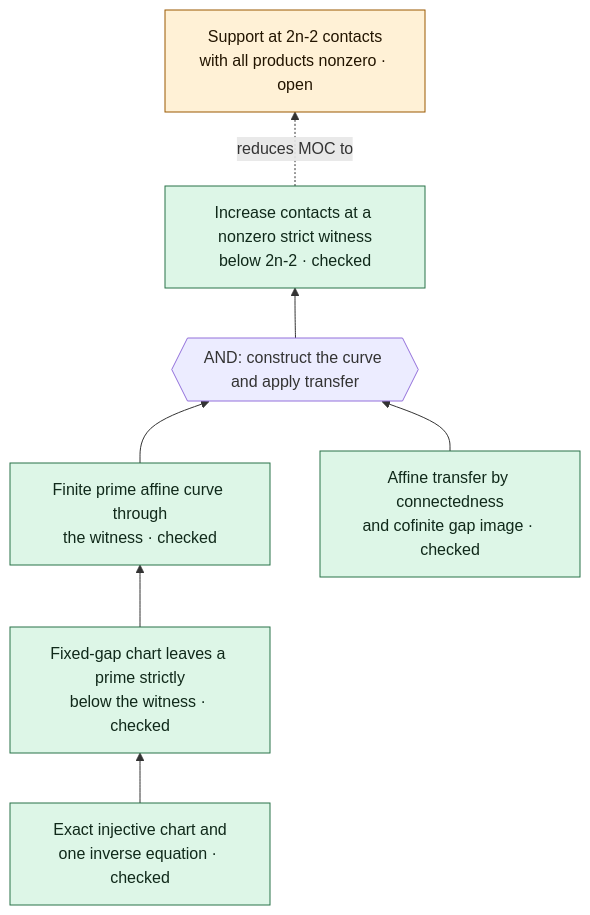
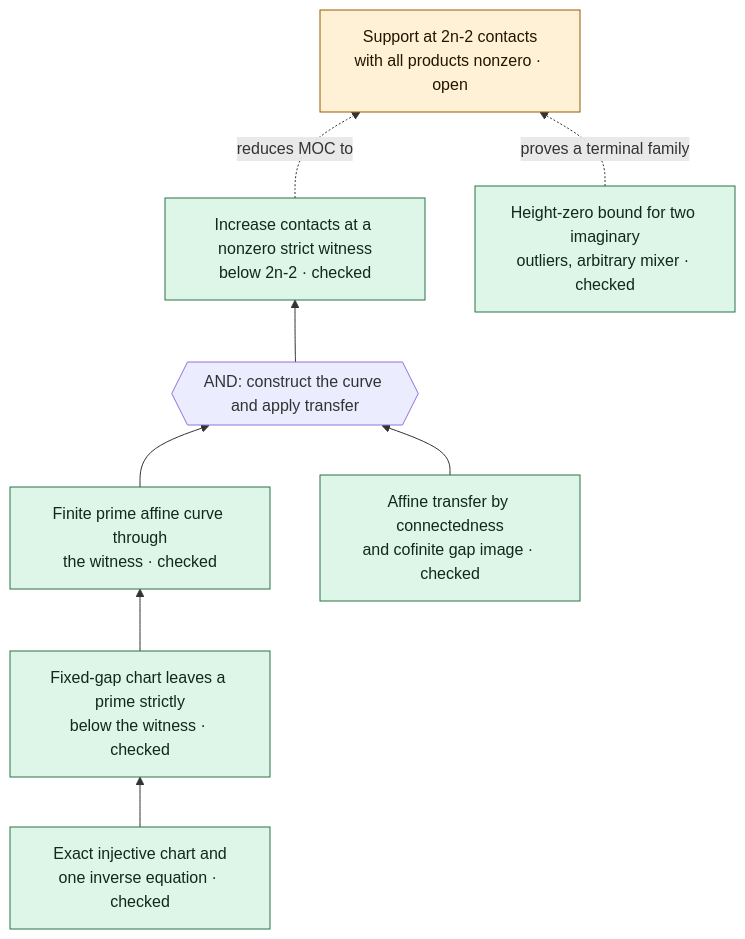
The fourth of 4 diagrams in Lean/ProofTree.md (ascendnoosphere/MOC), drawn with Mermaid before and after one commit. The commit also changed other lines of this file and 6 other files, not shown here.

Commit message:
MOC: prove a terminal family and test certificate coverage

````diff
--- a/Lean/ProofTree.md
+++ b/Lean/ProofTree.md
@@ -108,18 +108,20 @@
 ```mermaid
 flowchart BT
     TRANSFER["Increase contacts at a nonzero strict witness<br/>below 2n-2 · checked"]:::checked
     BOTH{{"AND: construct the curve and apply transfer"}}
     CUT["Fixed-gap chart leaves a prime strictly<br/>below the witness · checked"]:::checked
     MODEL["Finite prime affine curve through<br/>the witness · checked"]:::checked
     STEP["Affine transfer by connectedness<br/>and cofinite gap image · checked"]:::checked
     CHART["Exact injective chart and<br/>one inverse equation · checked"]:::checked
     TERMINAL["Support at 2n-2 contacts<br/>with all products nonzero · open"]:::open
+    OUTLIER["Height-zero bound for two imaginary<br/>outliers, arbitrary mixer · checked"]:::checked
     CHART --> CUT
     CUT --> MODEL
     MODEL --> BOTH
     STEP --> BOTH
     BOTH --> TRANSFER
     TRANSFER -. reduces MOC to .-> TERMINAL
+    OUTLIER -. proves a terminal family .-> TERMINAL
     classDef open fill:#fff1d6,stroke:#9a5900,color:#231500
     classDef checked fill:#ddf6e7,stroke:#287348,color:#10291a
 ```
````
